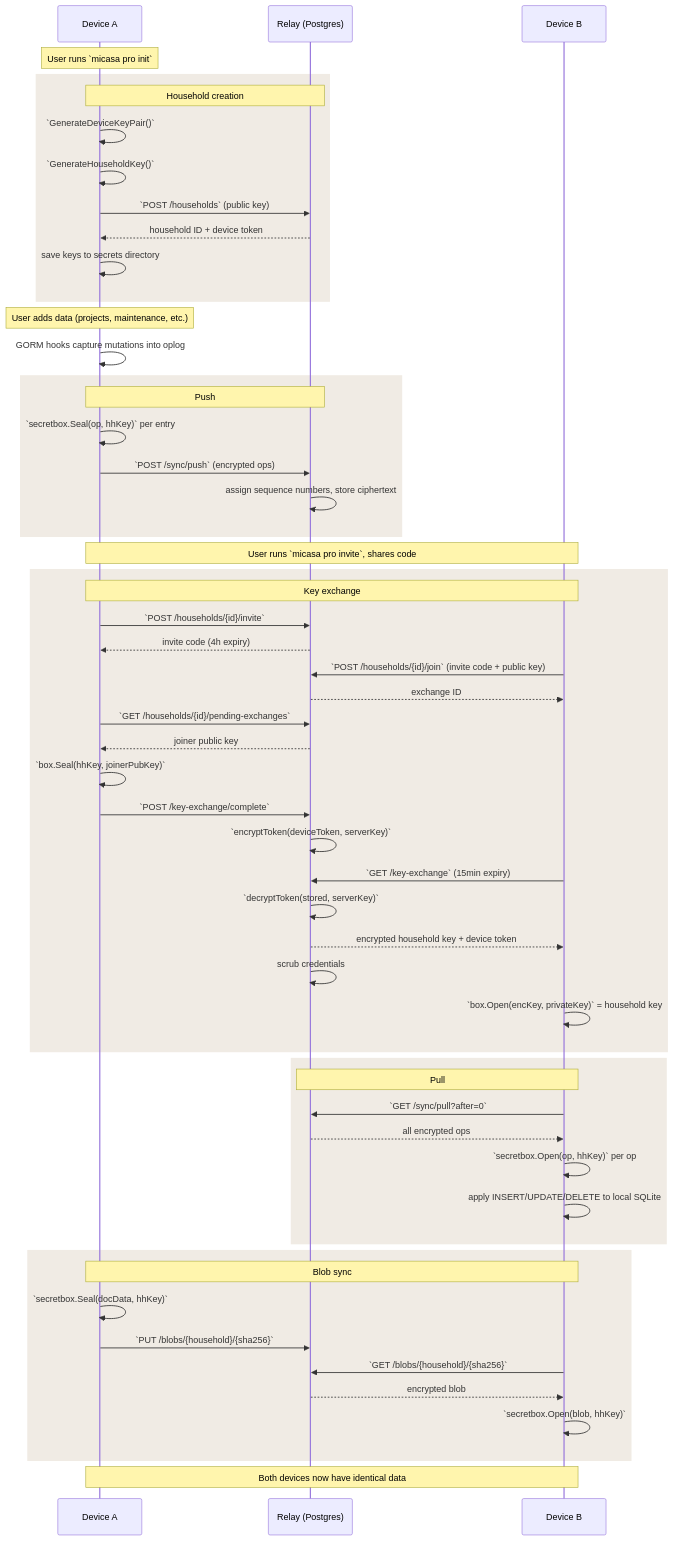
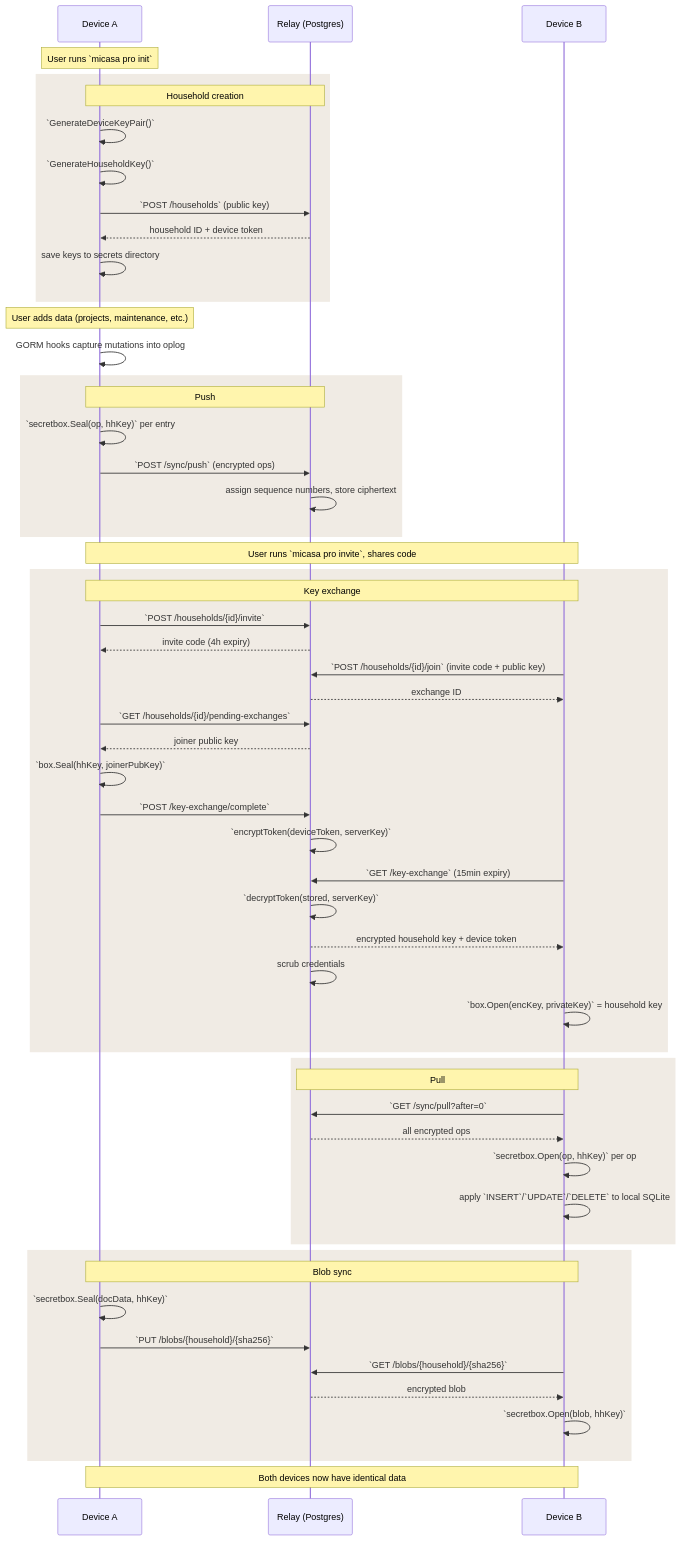
One commit to micasa-dev/micasa changed the third of 3 diagrams in docs/content/docs/development/relay-architecture.md. Above: the diagram before and after it, drawn with Mermaid. The commit also changed 2 other files, not shown here.

Commit message:
docs(website): theme Mermaid diagrams to match site palette
Map every sequence diagram color to the site's design tokens:
actor boxes (linen/terracotta), arrows (charcoal-soft), notes
(cream/rule), lifelines (rule/warm-gray). Both light and dark
mode get full coverage via actorBkg, signalColor, noteBkgColor,
and friends.

Also: actor labels now use DM Serif Display (matching site
headings), rect group backgrounds adapt to dark mode via
post-processing, and SQL keywords (INSERT/UPDATE/DELETE) are
backtick-wrapped for monospace rendering.

````diff
--- a/docs/content/docs/development/relay-architecture.md
+++ b/docs/content/docs/development/relay-architecture.md
@@ -159,66 +159,66 @@
 ```mermaid
 sequenceDiagram
     participant A as Device A
     participant R as Relay (Postgres)
     participant B as Device B
 
     Note over A: User runs `micasa pro init`
 
     rect rgb(240, 235, 228)
     Note over A,R: Household creation
     A->>A: `GenerateDeviceKeyPair()`
     A->>A: `GenerateHouseholdKey()`
     A->>R: `POST /households` (public key)
     R-->>A: household ID + device token
     A->>A: save keys to secrets directory
     end
 
     Note over A: User adds data (projects, maintenance, etc.)
     A->>A: GORM hooks capture mutations into oplog
 
     rect rgb(240, 235, 228)
     Note over A,R: Push
     A->>A: `secretbox.Seal(op, hhKey)` per entry
     A->>R: `POST /sync/push` (encrypted ops)
     R->>R: assign sequence numbers, store ciphertext
     end
 
     Note over A,B: User runs `micasa pro invite`, shares code
 
     rect rgb(240, 235, 228)
     Note over A,B: Key exchange
     A->>R: `POST /households/{id}/invite`
     R-->>A: invite code (4h expiry)
     B->>R: `POST /households/{id}/join` (invite code + public key)
     R-->>B: exchange ID
     A->>R: `GET /households/{id}/pending-exchanges`
     R-->>A: joiner public key
     A->>A: `box.Seal(hhKey, joinerPubKey)`
     A->>R: `POST /key-exchange/complete`
     R->>R: `encryptToken(deviceToken, serverKey)`
     B->>R: `GET /key-exchange` (15min expiry)
     R->>R: `decryptToken(stored, serverKey)`
     R-->>B: encrypted household key + device token
     R->>R: scrub credentials
     B->>B: `box.Open(encKey, privateKey)` = household key
     end
 
     rect rgb(240, 235, 228)
     Note over B,R: Pull
     B->>R: `GET /sync/pull?after=0`
     R-->>B: all encrypted ops
     B->>B: `secretbox.Open(op, hhKey)` per op
-    B->>B: apply INSERT/UPDATE/DELETE to local SQLite
+    B->>B: apply `INSERT`/`UPDATE`/`DELETE` to local SQLite
     end
 
     rect rgb(240, 235, 228)
     Note over A,B: Blob sync
     A->>A: `secretbox.Seal(docData, hhKey)`
     A->>R: `PUT /blobs/{household}/{sha256}`
     B->>R: `GET /blobs/{household}/{sha256}`
     R-->>B: encrypted blob
     B->>B: `secretbox.Open(blob, hhKey)`
     end
 
     Note over A,B: Both devices now have identical data
 ```
````
